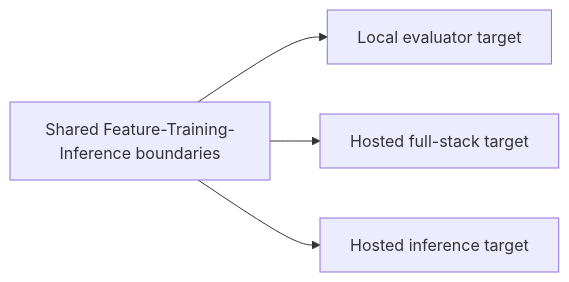
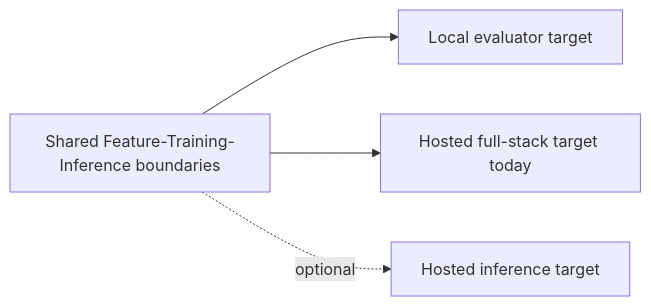
Before and after one commit to javihslu/foehncast: the second of 5 diagrams in docs/site/system/architecture.md, drawn with Mermaid. The commit also changed other lines of this file and 20 other files, not shown here.

```diff
--- a/docs/site/system/architecture.md
+++ b/docs/site/system/architecture.md
@@ -72,7 +74,7 @@
 <div class="mermaid">
 flowchart LR
     CORE[Shared Feature-Training-Inference boundaries]
     CORE --> LOCAL[Local evaluator target]
-    CORE --> HOST[Hosted full-stack target]
-    CORE --> RUN[Hosted inference target]
+    CORE --> HOST[Hosted full-stack target today]
+    CORE -. optional .-> RUN[Hosted inference target]
 </div>
```
